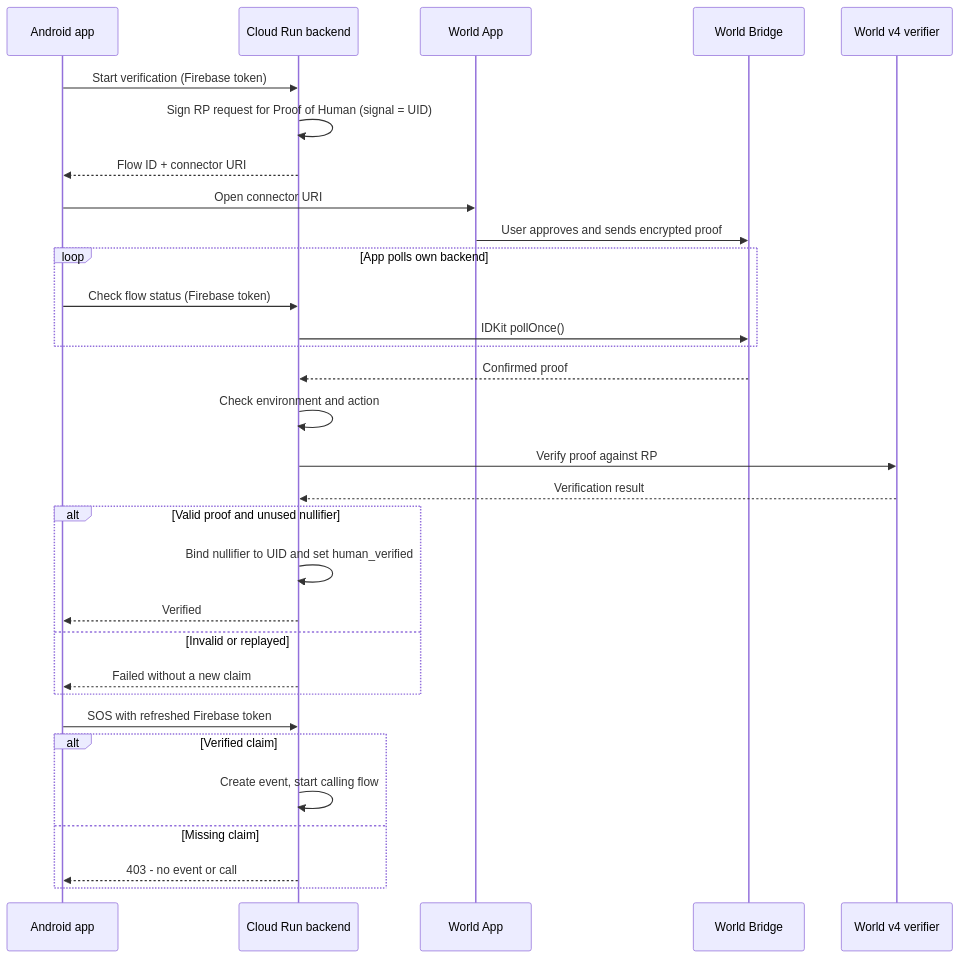
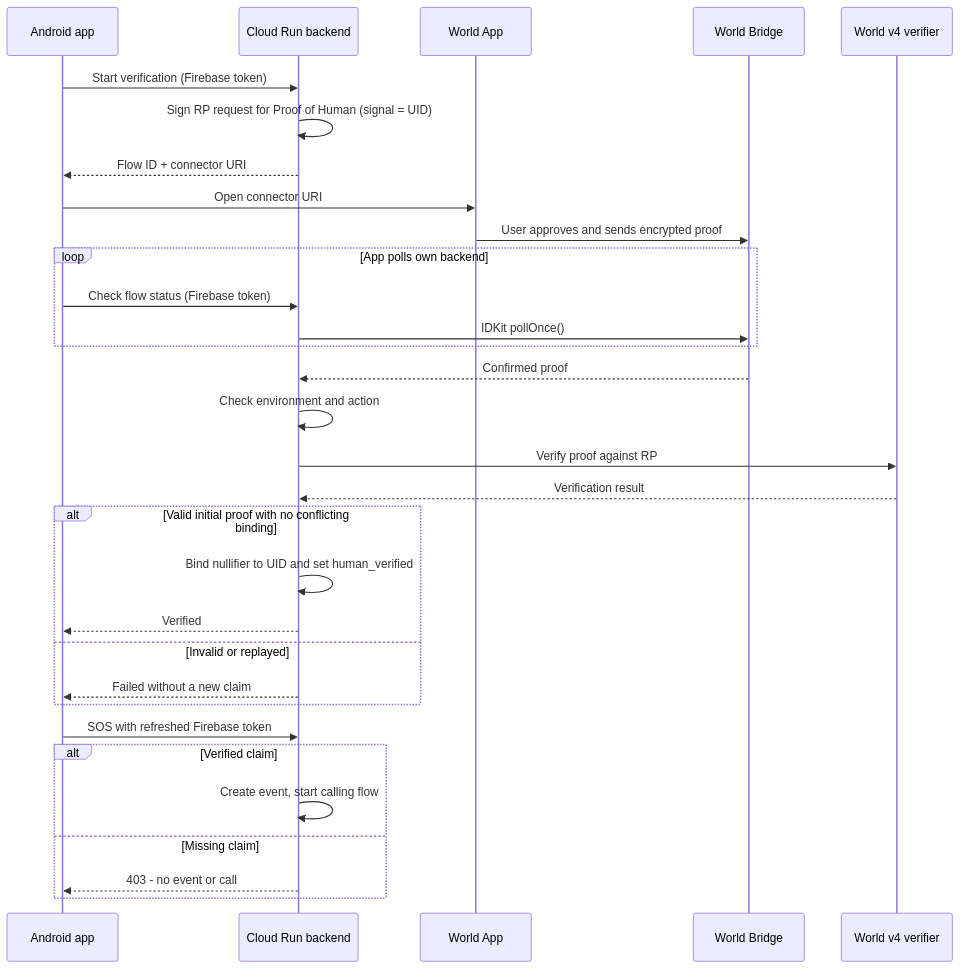
Before and after one commit to rtree/LIFELiNK: the diagram in README.md, drawn with Mermaid. The commit also changed other lines of this file and 1 other file, not shown here.

````diff
--- a/README.md
+++ b/README.md
@@ -24,33 +24,33 @@
 ```mermaid
 sequenceDiagram
 	participant A as Android app
 	participant B as Cloud Run backend
 	participant W as World App
 	participant R as World Bridge
 	participant V as World v4 verifier
 	A->>B: Start verification (Firebase token)
 	B->>B: Sign RP request for Proof of Human (signal = UID)
 	B-->>A: Flow ID + connector URI
 	A->>W: Open connector URI
 	W->>R: User approves and sends encrypted proof
 	loop App polls own backend
 		A->>B: Check flow status (Firebase token)
 		B->>R: IDKit pollOnce()
 	end
 	R-->>B: Confirmed proof
 	B->>B: Check environment and action
 	B->>V: Verify proof against RP
 	V-->>B: Verification result
-	alt Valid proof and unused nullifier
+	alt Valid initial proof with no conflicting binding
 		B->>B: Bind nullifier to UID and set human_verified
 		B-->>A: Verified
 	else Invalid or replayed
 		B-->>A: Failed without a new claim
 	end
 	A->>B: SOS with refreshed Firebase token
 	alt Verified claim
 		B->>B: Create event, start calling flow
 	else Missing claim
 		B-->>A: 403 - no event or call
 	end
 ```
````
